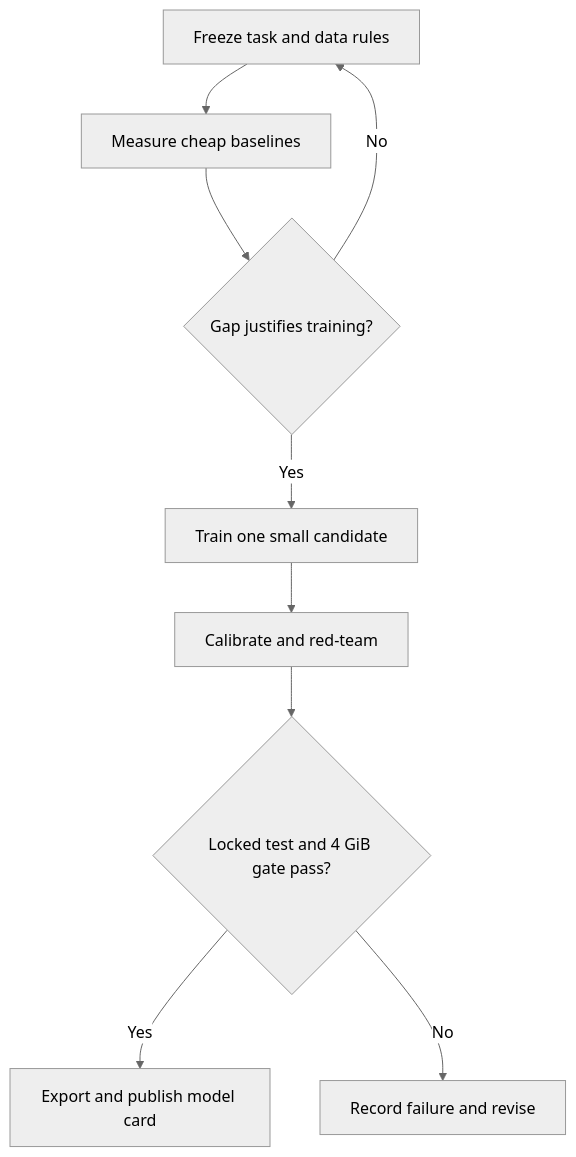
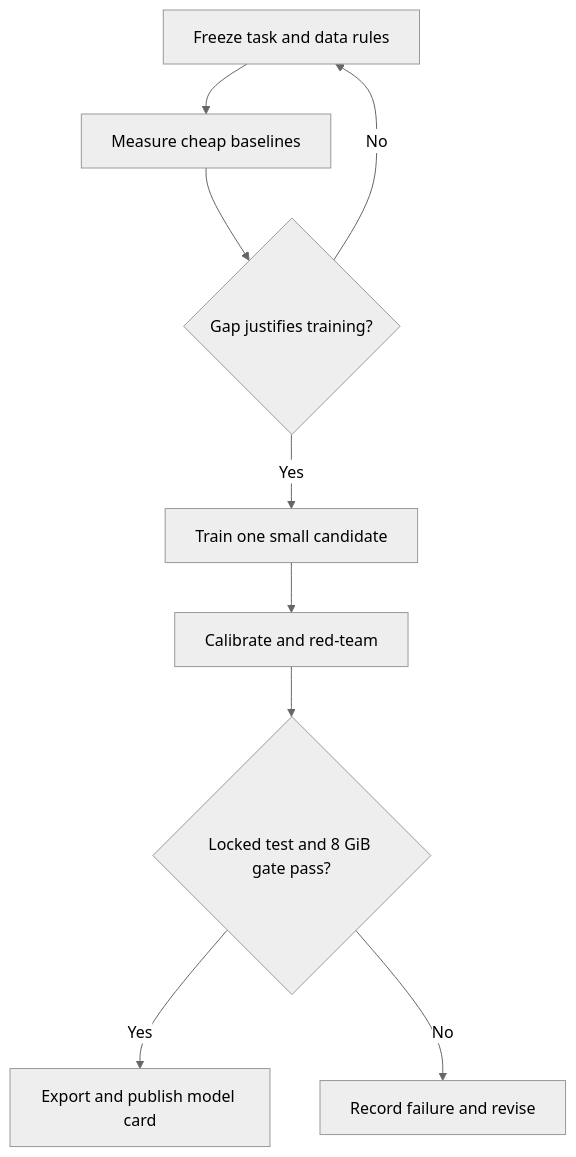
The diagram in docs/roadmap.md (thepragmatik/revv), drawn with Mermaid (neutral theme) before and after one commit. The commit also changed other lines of this file and 7 other files, not shown here.

````diff
--- a/docs/roadmap.md
+++ b/docs/roadmap.md
@@ -5,11 +5,11 @@
 ```mermaid
 flowchart TD
     A["Freeze task and data rules"] --> B["Measure cheap baselines"]
     B --> C{"Gap justifies training?"}
     C -->|Yes| D["Train one small candidate"]
     C -->|No| A
     D --> E["Calibrate and red-team"]
-    E --> F{"Locked test and 4 GiB gate pass?"}
+    E --> F{"Locked test and 8 GiB gate pass?"}
     F -->|Yes| G["Export and publish model card"]
     F -->|No| H["Record failure and revise"]
 ```
````
